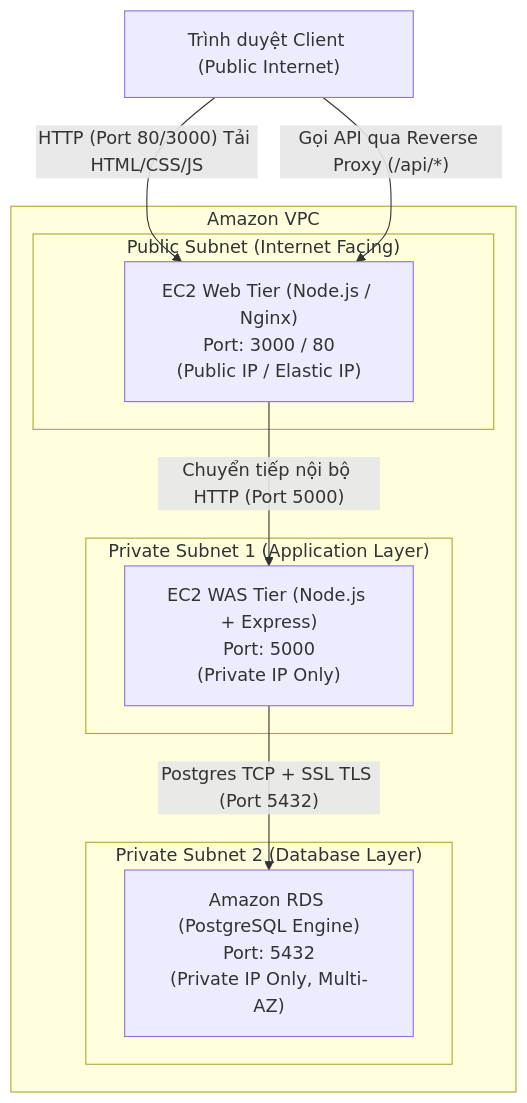
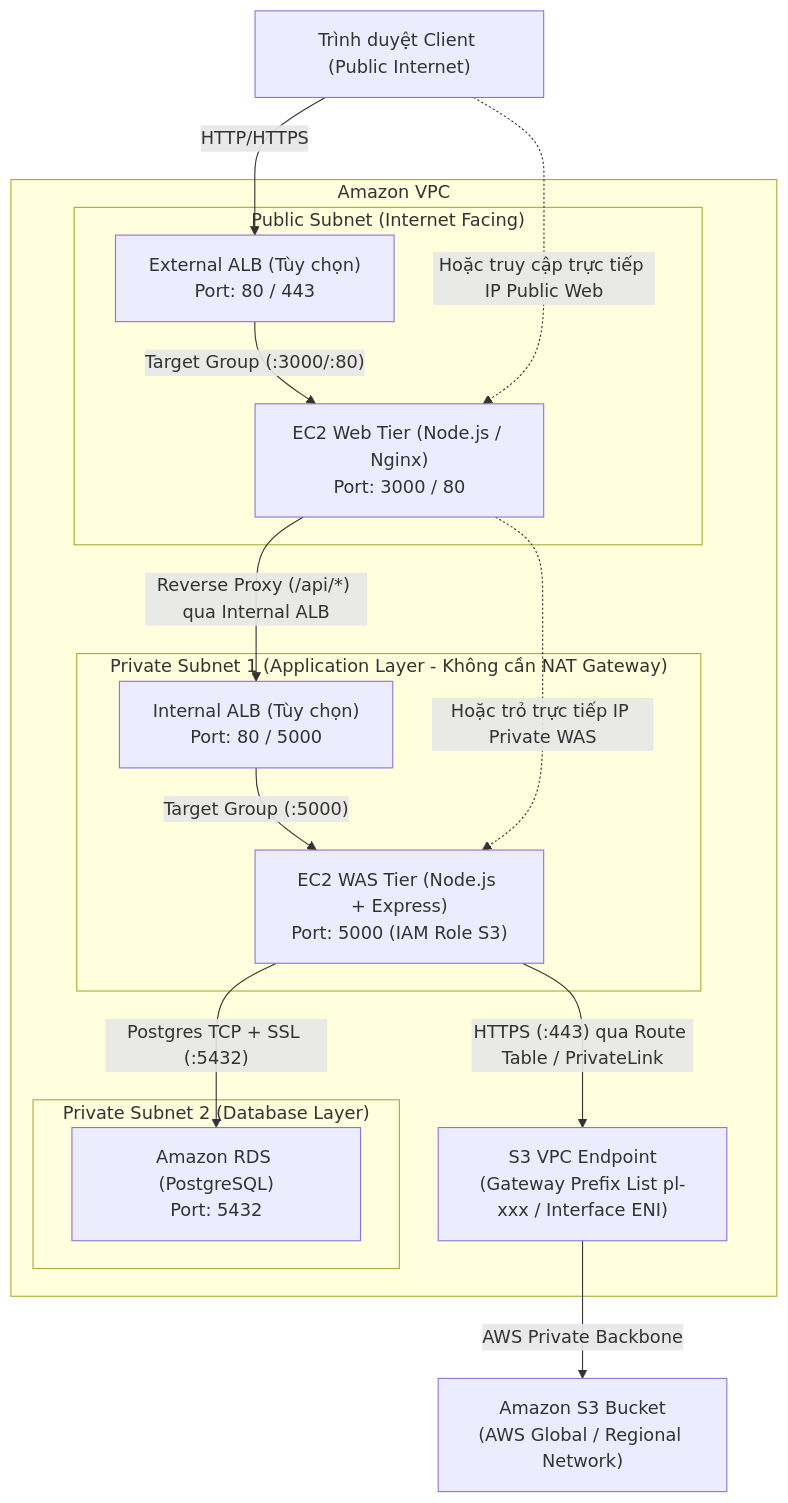
Before and after one commit to leehungQB/demo-web-was: the diagram in spec/01-architecture-and-flow.md, drawn with Mermaid. The commit also changed other lines of this file and 9 other files, not shown here.

````diff
--- a/spec/01-architecture-and-flow.md
+++ b/spec/01-architecture-and-flow.md
@@ -7,23 +7,34 @@
 ```mermaid
 flowchart TD
     Client["Trình duyệt Client (Public Internet)"]
     
     subgraph AWS_VPC["Amazon VPC"]
         subgraph Public_Subnet["Public Subnet (Internet Facing)"]
-            EC2_Web["EC2 Web Tier (Node.js / Nginx)\nPort: 3000 / 80\n(Public IP / Elastic IP)"]
+            Ext_ALB["External ALB (Tùy chọn)\nPort: 80 / 443"]
+            EC2_Web["EC2 Web Tier (Node.js / Nginx)\nPort: 3000 / 80"]
         end
 
-        subgraph Private_Subnet_App["Private Subnet 1 (Application Layer)"]
-            EC2_WAS["EC2 WAS Tier (Node.js + Express)\nPort: 5000\n(Private IP Only)"]
+        subgraph Private_Subnet_App["Private Subnet 1 (Application Layer - Không cần NAT Gateway)"]
+            Int_ALB["Internal ALB (Tùy chọn)\nPort: 80 / 5000"]
+            EC2_WAS["EC2 WAS Tier (Node.js + Express)\nPort: 5000 (IAM Role S3)"]
         end
 
         subgraph Private_Subnet_DB["Private Subnet 2 (Database Layer)"]
-            RDS_DB["Amazon RDS (PostgreSQL Engine)\nPort: 5432\n(Private IP Only, Multi-AZ)"]
+            RDS_DB["Amazon RDS (PostgreSQL)\nPort: 5432"]
         end
+
+        VPCE_S3["S3 VPC Endpoint\n(Gateway Prefix List pl-xxx / Interface ENI)"]
     end
 
-    Client -->|"HTTP (Port 80/3000) Tải HTML/CSS/JS"| EC2_Web
-    Client -->|"Gọi API qua Reverse Proxy (/api/*)"| EC2_Web
-    EC2_Web -->|"Chuyển tiếp nội bộ HTTP (Port 5000)"| EC2_WAS
-    EC2_WAS -->|"Postgres TCP + SSL TLS (Port 5432)"| RDS_DB
+    S3_Bucket["Amazon S3 Bucket\n(AWS Global / Regional Network)"]
+
+    Client -->|"HTTP/HTTPS"| Ext_ALB
+    Ext_ALB -->|"Target Group (:3000/:80)"| EC2_Web
+    Client -.->|"Hoặc truy cập trực tiếp IP Public Web"| EC2_Web
+    EC2_Web -->|"Reverse Proxy (/api/*) qua Internal ALB"| Int_ALB
+    Int_ALB -->|"Target Group (:5000)"| EC2_WAS
+    EC2_Web -.->|"Hoặc trỏ trực tiếp IP Private WAS"| EC2_WAS
+    EC2_WAS -->|"Postgres TCP + SSL (:5432)"| RDS_DB
+    EC2_WAS -->|"HTTPS (:443) qua Route Table / PrivateLink"| VPCE_S3
+    VPCE_S3 -->|"AWS Private Backbone"| S3_Bucket
 ```
````
